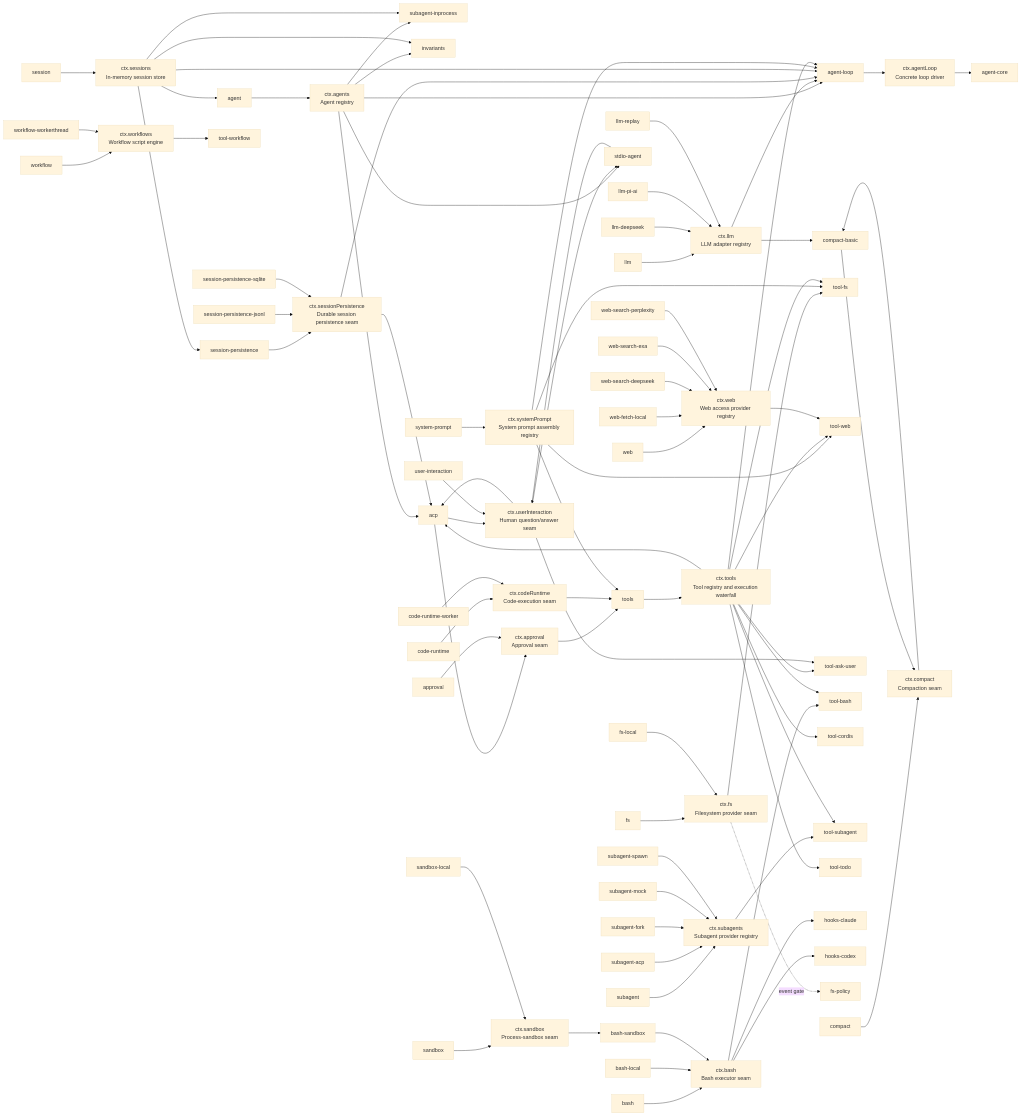
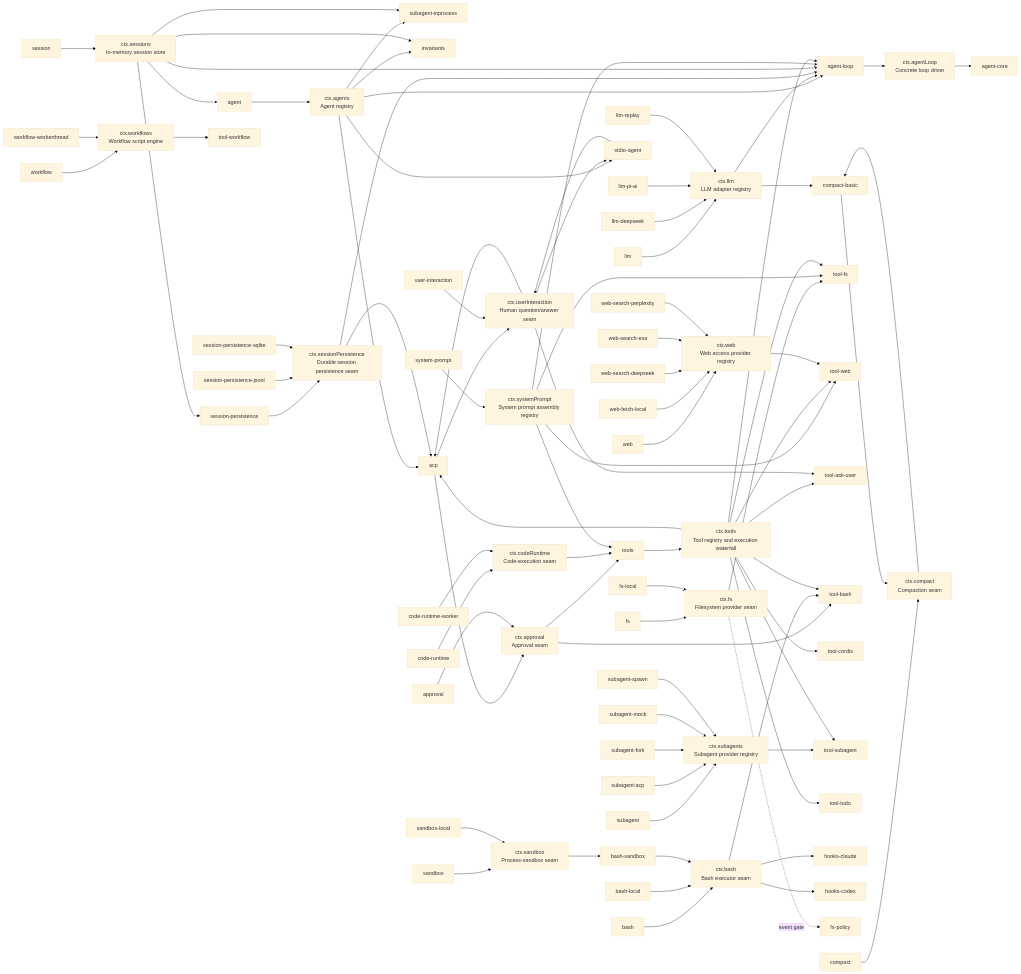
One commit to 007M7/DeepCode changed the diagram in docs/capability-seams.md. Above: the diagram before and after it, drawn with Mermaid (base theme). The commit also changed other lines of this file and 6 other files, not shown here.

First line of the commit message:
feat(tool-bash): sandbox escalation — one approved wider retry after a denial

```diff
--- a/docs/capability-seams.md
+++ b/docs/capability-seams.md
@@ -123,6 +123,7 @@
   svc_agents --> pkg_invariants
   svc_agents --> pkg_stdio_agent
   svc_agents --> pkg_subagent_inprocess
+  svc_approval --> pkg_tool_bash
   svc_approval --> pkg_tools
   svc_bash --> pkg_hooks_claude
   svc_bash --> pkg_hooks_codex
```
